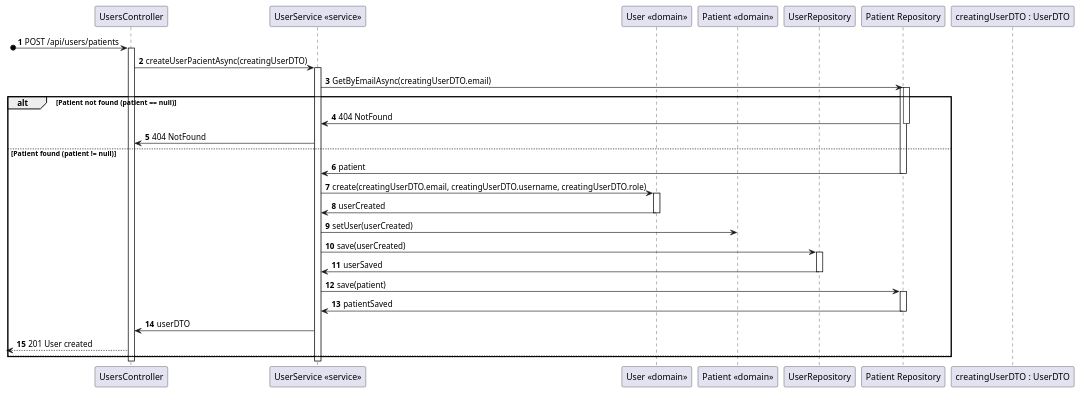
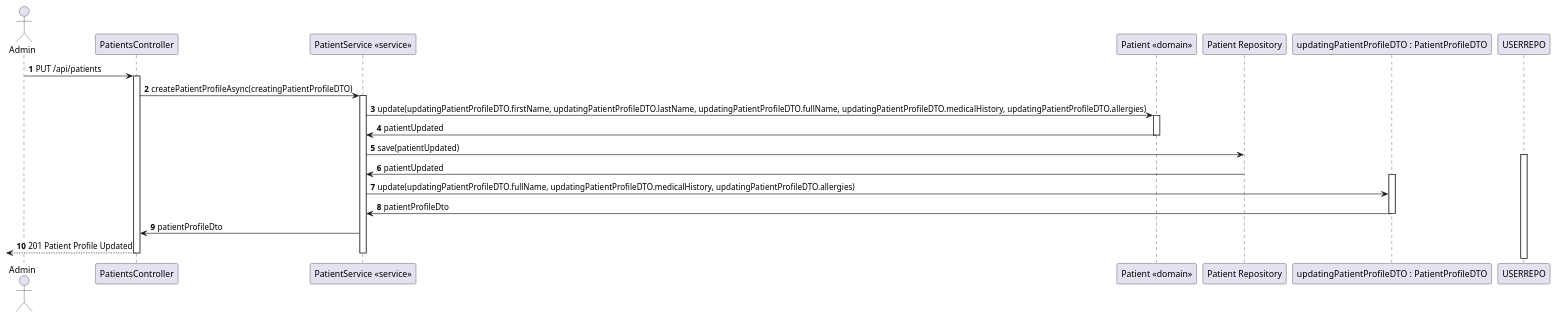
Before and after one commit to Lapr5G21/sem5pi-24-25-3ddg21: the diagram in docs/PatientProfileUpdate/views/level3/process-view2.puml, drawn with PlantUML. The commit also changed 16 other files, not shown here.

Commit message:
Documentation Patient Profile Editing #10

```diff
--- a/docs/PatientProfileUpdate/views/level3/process-view2.puml
+++ b/docs/PatientProfileUpdate/views/level3/process-view2.puml
@@ -1,61 +1,41 @@
 @startuml Patient Profile Update (level 3 - 2)
+
 autonumber
-participant CTRL as "UsersController"
-participant SERVICE as "UserService <<service>>"
-participant User as "User <<domain>>"
-participant Patient as "Patient <<domain>>"
-participant USERREPO as "UserRepository"
-participant PATIENTREPO as "Patient Repository"
-participant DTO as "creatingUserDTO : UserDTO"
+actor Admin as "Admin"
+participant CTRL as "PatientsController"
+participant SERVICE as "PatientService <<service>>"
+participant PATIENT as "Patient <<domain>>"
+participant REPO as "Patient Repository"
+participant DTO as "updatingPatientProfileDTO : PatientProfileDTO"
 
-?o-> CTRL : POST /api/users/patients
+Admin-> CTRL : PUT /api/patients
 activate CTRL
 
-CTRL -> SERVICE : createUserPacientAsync(creatingUserDTO)
+CTRL -> SERVICE : createPatientProfileAsync(creatingPatientProfileDTO)
 activate SERVICE
 
-SERVICE -> PATIENTREPO : GetByEmailAsync(creatingUserDTO.email)
-activate PATIENTREPO
-alt Patient not found (patient == null)
+    SERVICE -> PATIENT : update(updatingPatientProfileDTO.firstName, updatingPatientProfileDTO.lastName, updatingPatientProfileDTO.fullName, updatingPatientProfileDTO.medicalHistory, updatingPatientProfileDTO.allergies)
+    activate PATIENT
 
-    activate PATIENTREPO
+    PATIENT -> SERVICE : patientUpdated
+    deactivate PATIENT
 
-    PATIENTREPO -> SERVICE : 404 NotFound
-    
-    deactivate PATIENTREPO
-
-    SERVICE -> CTRL : 404 NotFound
-
-else Patient found (patient != null)
-    PATIENTREPO -> SERVICE : patient
-    deactivate PATIENTREPO
-
-    SERVICE -> User : create(creatingUserDTO.email, creatingUserDTO.username, creatingUserDTO.role)
-    activate User
-
-    User -> SERVICE : userCreated
-    deactivate User
-
-    SERVICE -> Patient : setUser(userCreated)
-    SERVICE -> USERREPO : save(userCreated)
+    SERVICE -> REPO : save(patientUpdated)
     activate USERREPO
 
-    USERREPO -> SERVICE : userSaved
-    deactivate USERREPO
+    REPO -> SERVICE : patientUpdated
+    deactivate REPO
+    activate DTO
+    
+    SERVICE -> DTO : update(updatingPatientProfileDTO.fullName, updatingPatientProfileDTO.medicalHistory, updatingPatientProfileDTO.allergies)
+    
+    DTO -> SERVICE : patientProfileDto
+    deactivate DTO
 
-    SERVICE -> PATIENTREPO : save(patient)
-    activate PATIENTREPO
-
-    PATIENTREPO -> SERVICE : patientSaved
-    deactivate PATIENTREPO
-
-    SERVICE -> CTRL : userDTO
+    SERVICE -> CTRL : patientProfileDto
     
-    <-- CTRL : 201 User created
-
-else 
-end
+    <-- CTRL : 201 Patient Profile Updated
 
 deactivate SERVICE
 deactivate CTRL
 @enduml
```
